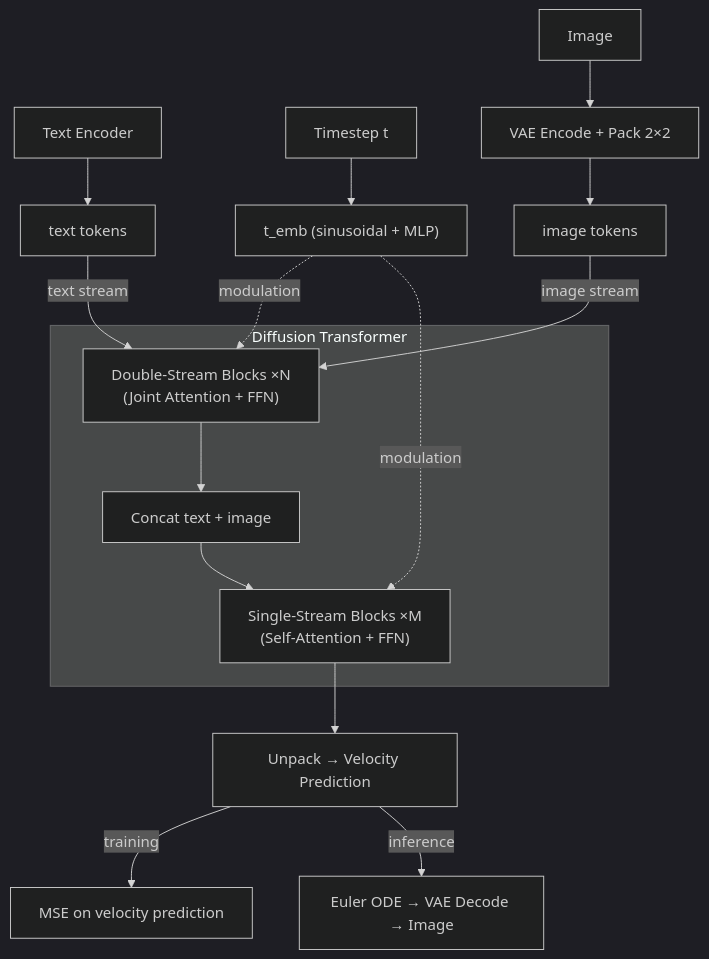
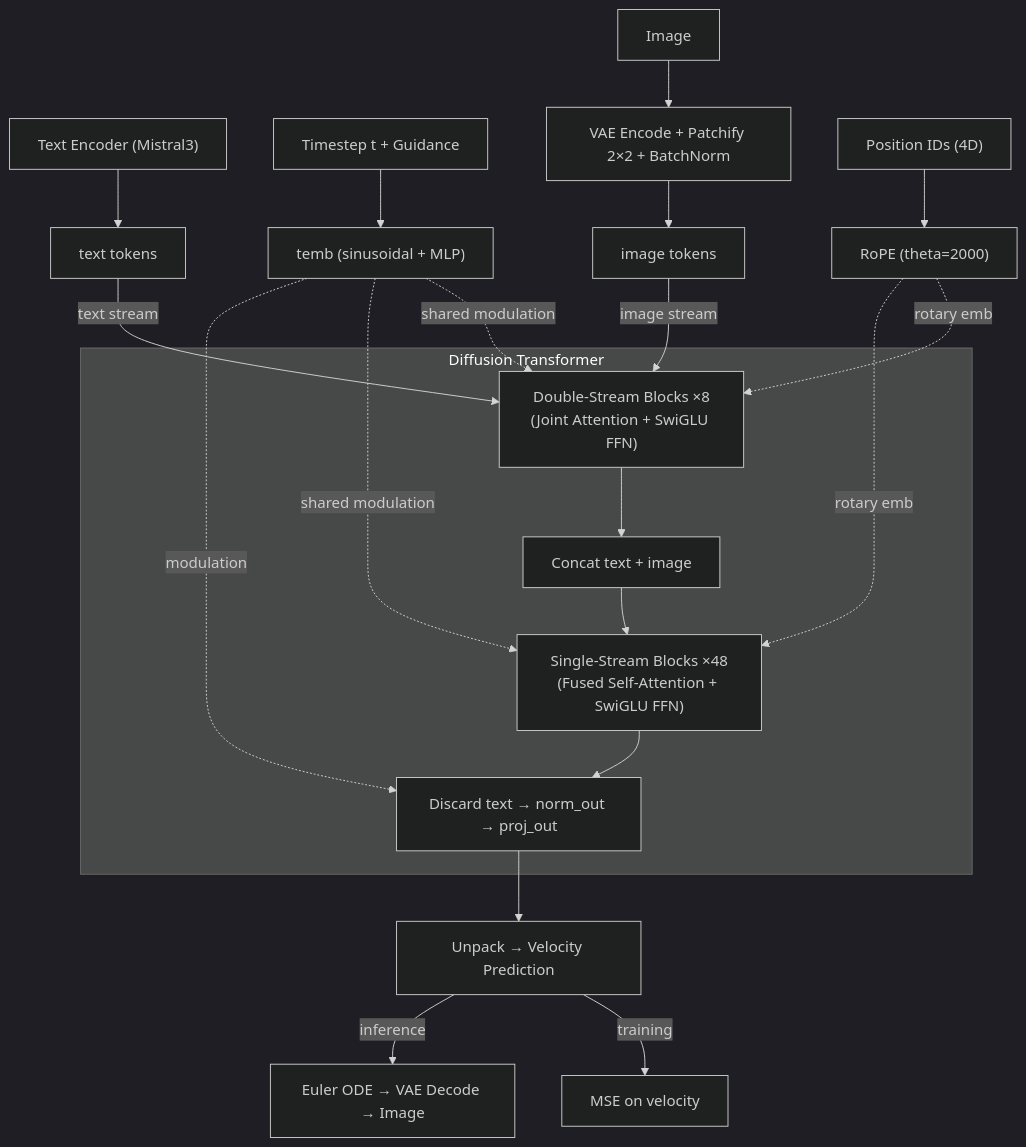
The diagram in README.md (purohit10saurabh/min-flux), drawn with Mermaid (dark theme) before and after one commit. The commit also changed other lines of this file, not shown here.

````diff
--- a/README.md
+++ b/README.md
@@ -24,22 +23,27 @@
 ```mermaid
 flowchart TD
-    TE["Text Encoder"] --> TextTok["text tokens"]
-    TS["Timestep t"] --> Temb["t_emb (sinusoidal + MLP)"]
-    Pixels["Image"] --> VAE["VAE Encode + Pack 2×2"] --> ImgTok["image tokens"]
+    TE["Text Encoder (Mistral3)"] --> TextTok["text tokens"]
+    TS["Timestep t + Guidance"] --> Temb["temb (sinusoidal + MLP)"]
+    Pixels["Image"] --> VAE["VAE Encode + Patchify 2×2 + BatchNorm"] --> ImgTok["image tokens"]
+    PosIDs["Position IDs (4D)"] --> RoPE["RoPE (theta=2000)"]
 
     TextTok -->|"text stream"| DoubleBlocks
     ImgTok -->|"image stream"| DoubleBlocks
-    Temb -.->|"modulation"| DoubleBlocks
-    Temb -.->|"modulation"| SingleBlocks
+    Temb -.->|"shared modulation"| DoubleBlocks
+    Temb -.->|"shared modulation"| SingleBlocks
+    Temb -.->|"modulation"| OutputProc
+    RoPE -.->|"rotary emb"| DoubleBlocks
+    RoPE -.->|"rotary emb"| SingleBlocks
 
     subgraph dit ["Diffusion Transformer"]
-        DoubleBlocks["Double-Stream Blocks ×N<br/>(Joint Attention + FFN)"]
-        Cat["Concat text + image"]
-        SingleBlocks["Single-Stream Blocks ×M<br/>(Self-Attention + FFN)"]
-        DoubleBlocks --> Cat --> SingleBlocks
+        DoubleBlocks["Double-Stream Blocks ×8<br/>(Joint Attention + SwiGLU FFN)"]
+        CatSeq["Concat text + image"]
+        SingleBlocks["Single-Stream Blocks ×48<br/>(Fused Self-Attention + SwiGLU FFN)"]
+        OutputProc["Discard text → norm_out → proj_out"]
+        DoubleBlocks --> CatSeq --> SingleBlocks --> OutputProc
     end
 
-    SingleBlocks --> Unpack["Unpack → Velocity Prediction"]
-    Unpack -->|"training"| Loss["MSE on velocity prediction"]
+    OutputProc --> Unpack["Unpack → Velocity Prediction"]
+    Unpack -->|"training"| Loss["MSE on velocity"]
     Unpack -->|"inference"| Euler["Euler ODE → VAE Decode → Image"]
 ```
````
